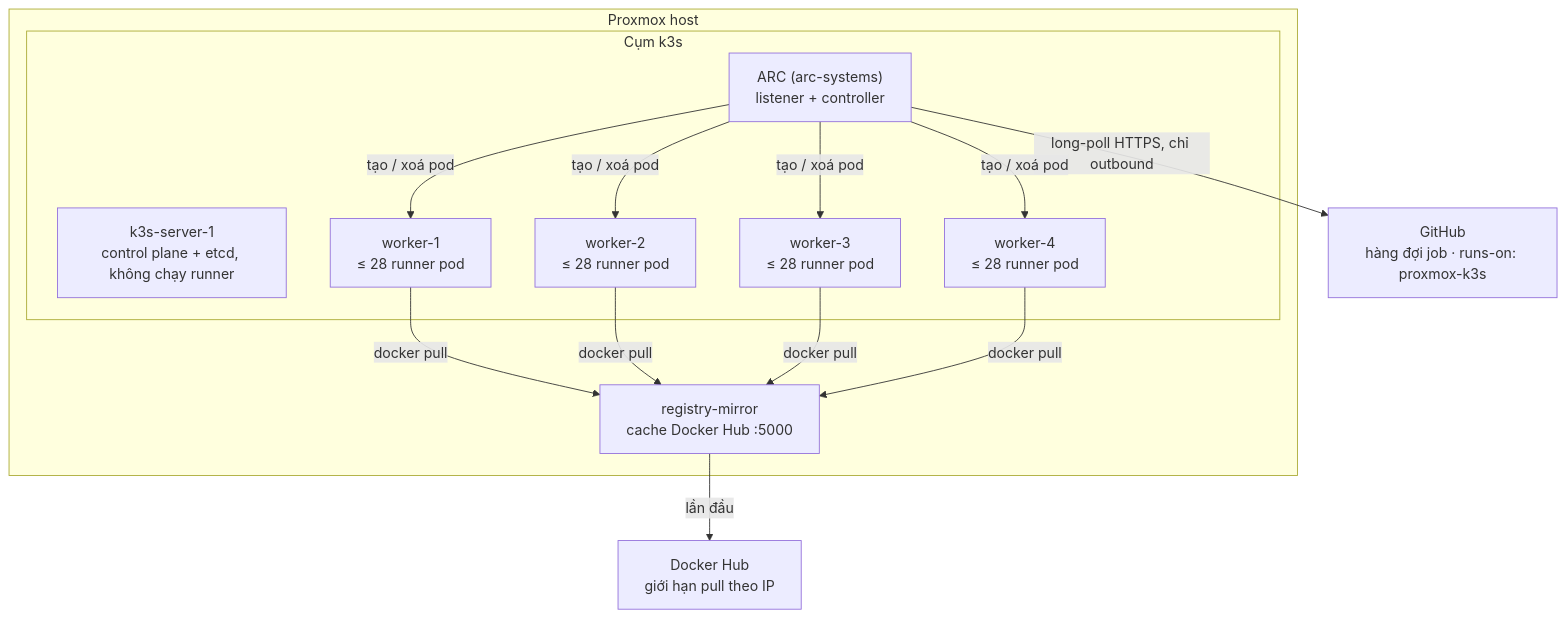
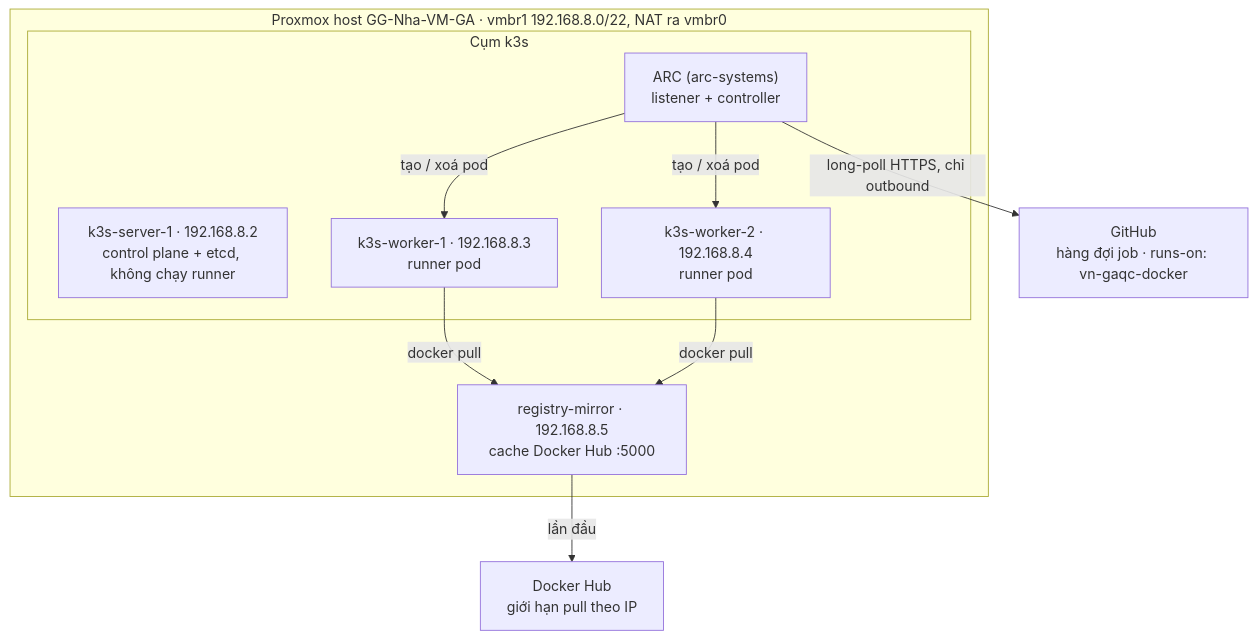
Before and after one commit to ynguyengravity/setup-github-runner: the diagram in docs/proxmox-k3s-arc-guide.md, drawn with Mermaid. The commit also changed other lines of this file and 4 other files, not shown here.

````diff
--- a/docs/proxmox-k3s-arc-guide.md
+++ b/docs/proxmox-k3s-arc-guide.md
@@ -9,20 +11,18 @@
 ```mermaid
 flowchart TB
-    GH["GitHub<br/>hàng đợi job · runs-on: proxmox-k3s"]
+    GH["GitHub<br/>hàng đợi job · runs-on: vn-gaqc-docker"]
     DH["Docker Hub<br/>giới hạn pull theo IP"]
-    subgraph PVE["Proxmox host"]
+    subgraph PVE["Proxmox host GG-Nha-VM-GA · vmbr1 192.168.8.0/22, NAT ra vmbr0"]
         subgraph K3S["Cụm k3s"]
             ARC["ARC (arc-systems)<br/>listener + controller"]
-            SRV["k3s-server-1<br/>control plane + etcd, không chạy runner"]
-            W1["worker-1<br/>≤ 28 runner pod"]
-            W2["worker-2<br/>≤ 28 runner pod"]
-            W3["worker-3<br/>≤ 28 runner pod"]
-            W4["worker-4<br/>≤ 28 runner pod"]
+            SRV["k3s-server-1 · 192.168.8.2<br/>control plane + etcd, không chạy runner"]
+            W1["k3s-worker-1 · 192.168.8.3<br/>runner pod"]
+            W2["k3s-worker-2 · 192.168.8.4<br/>runner pod"]
         end
-        MIR["registry-mirror<br/>cache Docker Hub :5000"]
+        MIR["registry-mirror · 192.168.8.5<br/>cache Docker Hub :5000"]
     end
     ARC -- "long-poll HTTPS, chỉ outbound" --> GH
-    ARC -- "tạo / xoá pod" --> W1 & W2 & W3 & W4
-    W1 & W2 & W3 & W4 -- "docker pull" --> MIR
+    ARC -- "tạo / xoá pod" --> W1 & W2
+    W1 & W2 -- "docker pull" --> MIR
     MIR -- "lần đầu" --> DH
 ```
````
